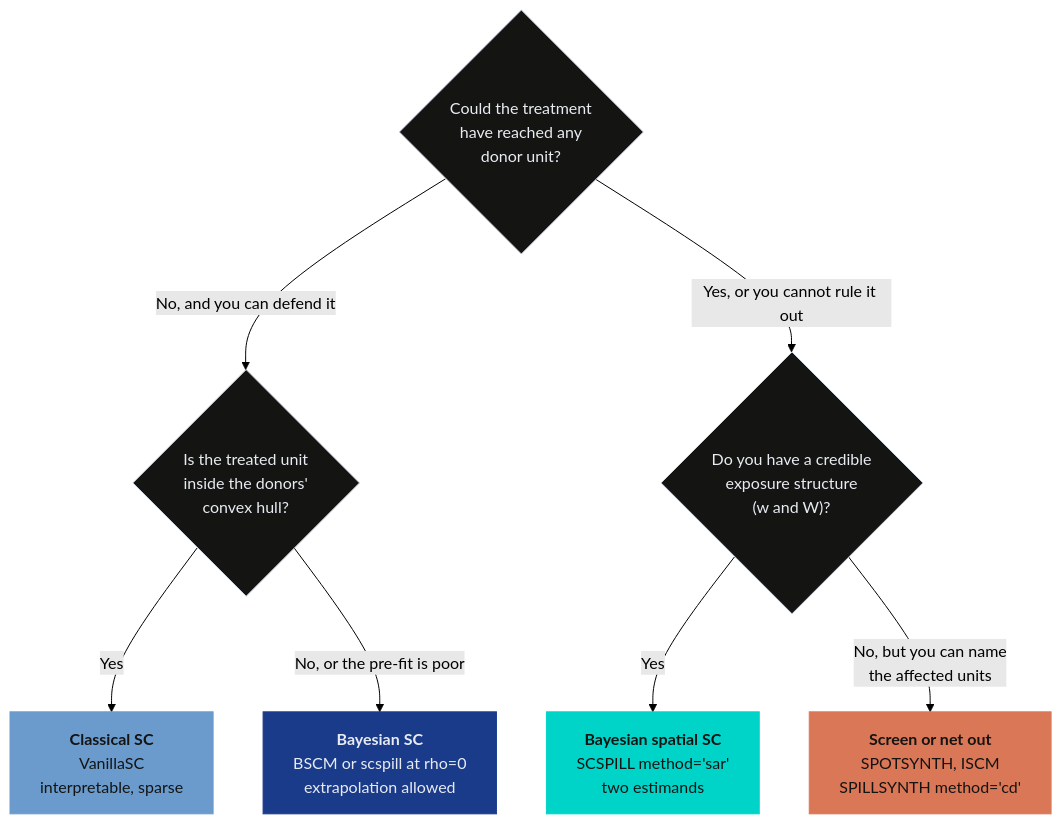
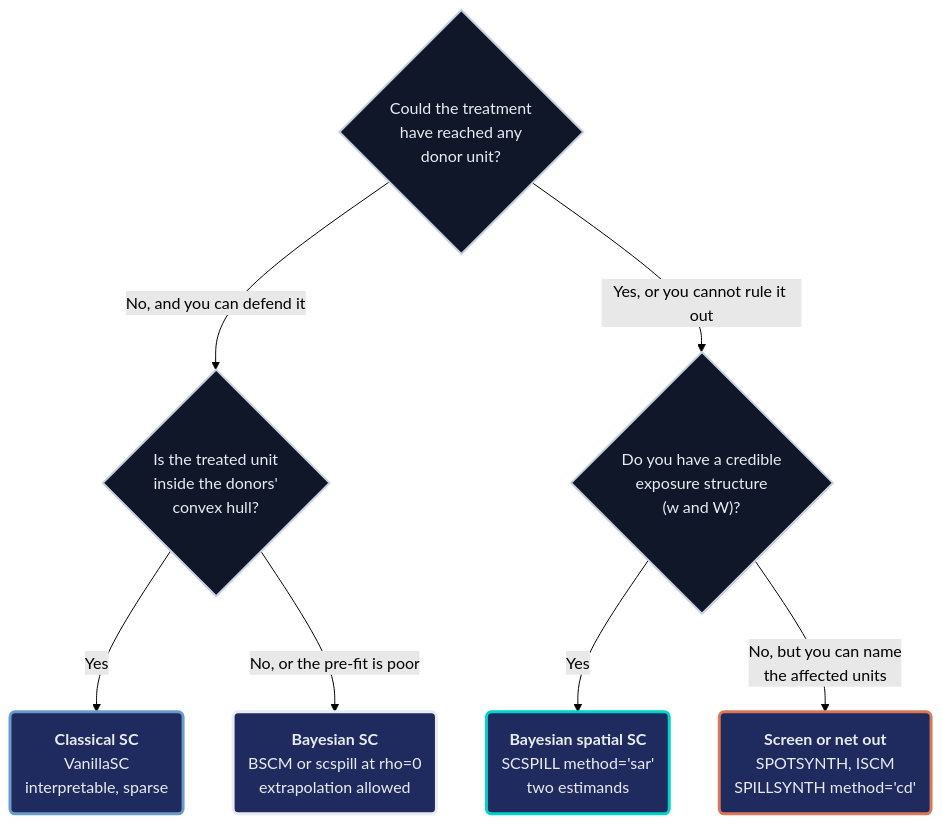
The fourth of 4 diagrams in content/post/python_sc_bayes_spatial/index.md (cmg777/starter-academic-v501), drawn with Mermaid (forest theme) before and after one commit. The commit also changed other lines of this file and 9 other files, not shown here.

First line of the commit message:
content(mermaid): restyle flowcharts in Python posts, batch 2 of 2

````diff
--- a/content/post/python_sc_bayes_spatial/index.md
+++ b/content/post/python_sc_bayes_spatial/index.md
@@ -1556,20 +1567,24 @@
 ```mermaid
 graph TD
     Q1{"Could the treatment<br/>have reached any<br/>donor unit?"}
     Q1 -->|"No, and you can defend it"| Q2{"Is the treated unit<br/>inside the donors'<br/>convex hull?"}
     Q1 -->|"Yes, or you cannot rule it out"| Q3{"Do you have a credible<br/>exposure structure<br/>(w and W)?"}
-    Q2 -->|Yes| SC["<b>Classical SC</b><br/>VanillaSC<br/>interpretable, sparse"]
-    Q2 -->|"No, or the pre-fit is poor"| BSC["<b>Bayesian SC</b><br/>BSCM or scspill at rho=0<br/>extrapolation allowed"]
-    Q3 -->|Yes| SAR["<b>Bayesian spatial SC</b><br/>SCSPILL method='sar'<br/>two estimands"]
-    Q3 -->|"No, but you can name<br/>the affected units"| ALT["<b>Screen or net out</b><br/>SPOTSYNTH, ISCM<br/>SPILLSYNTH method='cd'"]
-    classDef sty_Q1 fill:#141413,stroke:#c8d0e0,color:#e8ecf2
+    Q2 -->|Yes| SC("<b>Classical SC</b><br/>VanillaSC<br/>interpretable, sparse")
+    Q2 -->|"No, or the pre-fit is poor"| BSC("<b>Bayesian SC</b><br/>BSCM or scspill at rho=0<br/>extrapolation allowed")
+    Q3 -->|Yes| SAR("<b>Bayesian spatial SC</b><br/>SCSPILL method='sar'<br/>two estimands")
+    Q3 -->|"No, but you can name<br/>the affected units"| ALT("<b>Screen or net out</b><br/>SPOTSYNTH, ISCM<br/>SPILLSYNTH method='cd'")
+    classDef sty_Q1 fill:#0f1729,stroke:#c8d0e0,stroke-width:2px,color:#e8ecf2
     class Q1 sty_Q1
-    classDef sty_Q2 fill:#141413,stroke:#c8d0e0,color:#e8ecf2
+    classDef sty_Q2 fill:#0f1729,stroke:#c8d0e0,stroke-width:2px,color:#e8ecf2
     class Q2 sty_Q2
-    classDef sty_Q3 fill:#141413,stroke:#c8d0e0,color:#e8ecf2
+    classDef sty_Q3 fill:#0f1729,stroke:#c8d0e0,stroke-width:2px,color:#e8ecf2
     class Q3 sty_Q3
-    style SC fill:#6a9bcc,stroke:#6a9bcc,color:#141413
-    style BSC fill:#1a3a8a,stroke:#1a3a8a,color:#e8ecf2
-    style SAR fill:#00d4c8,stroke:#00d4c8,color:#141413
-    style ALT fill:#d97757,stroke:#d97757,color:#141413
+    classDef blue fill:#1f2b5e,stroke:#6a9bcc,stroke-width:3px,color:#e8ecf2
+    classDef key fill:#1f2b5e,stroke:#e8ecf2,stroke-width:3px,color:#e8ecf2
+    classDef teal fill:#1f2b5e,stroke:#00d4c8,stroke-width:3px,color:#e8ecf2
+    classDef orange fill:#1f2b5e,stroke:#d97757,stroke-width:3px,color:#e8ecf2
+    class SC blue
+    class BSC key
+    class SAR teal
+    class ALT orange
 ```
````
